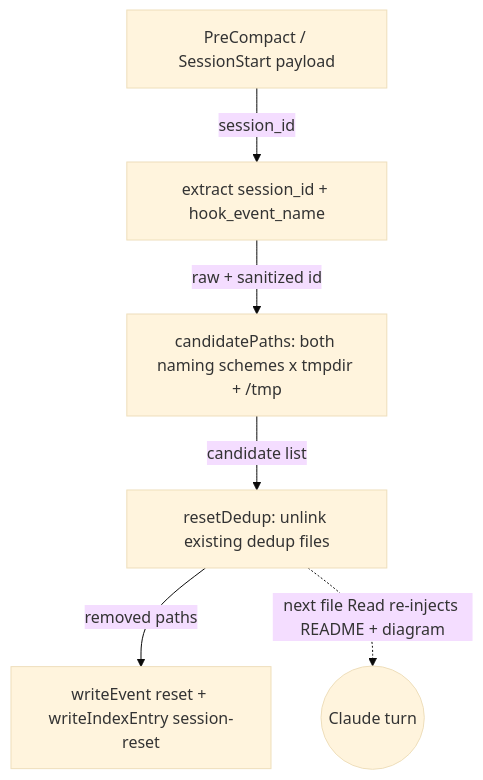
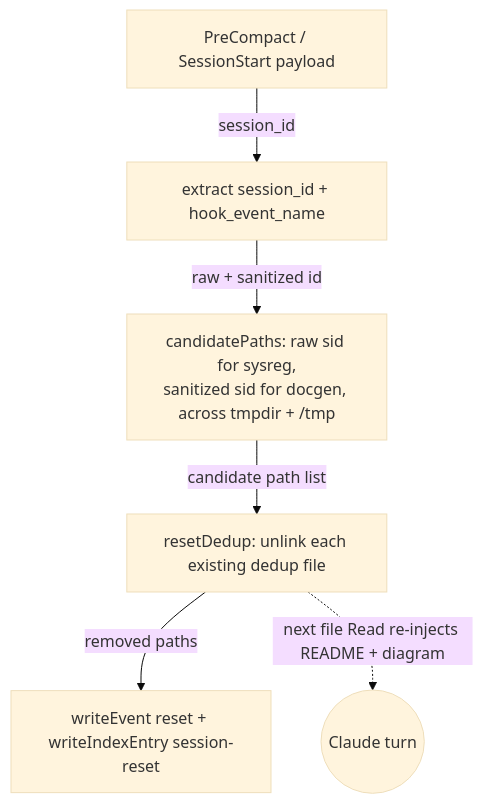
The second of 2 diagrams in docs/systems/auto-docs-refresh.md (decider/codecontext), drawn with Mermaid (base theme) before and after one commit. The commit also changed other lines of this file and 14 other files, not shown here.

First line of the commit message:
fix: top-down loop diagrams + layout-stability guard, higher-quality manifests

````diff
--- a/docs/systems/auto-docs-refresh.md
+++ b/docs/systems/auto-docs-refresh.md
@@ -67,13 +72,13 @@
 ```mermaid
 flowchart TB
   H[PreCompact / SessionStart payload]
   SID[extract session_id + hook_event_name]
-  CP2[candidatePaths: both naming schemes x tmpdir + /tmp]
-  RM[resetDedup: unlink existing dedup files]
-  T[writeEvent reset + writeIndexEntry session-reset]
+  CAND["candidatePaths: raw sid for sysreg,\nsanitized sid for docgen, across tmpdir + /tmp"]
+  RM[resetDedup: unlink each existing dedup file]
+  T["writeEvent reset + writeIndexEntry session-reset"]
   H -->|session_id| SID
-  SID -->|raw + sanitized id| CP2
-  CP2 -->|candidate list| RM
+  SID -->|raw + sanitized id| CAND
+  CAND -->|candidate path list| RM
   RM -->|removed paths| T
   RM -.->|next file Read re-injects README + diagram| NEXT((Claude turn))
 ```
````
